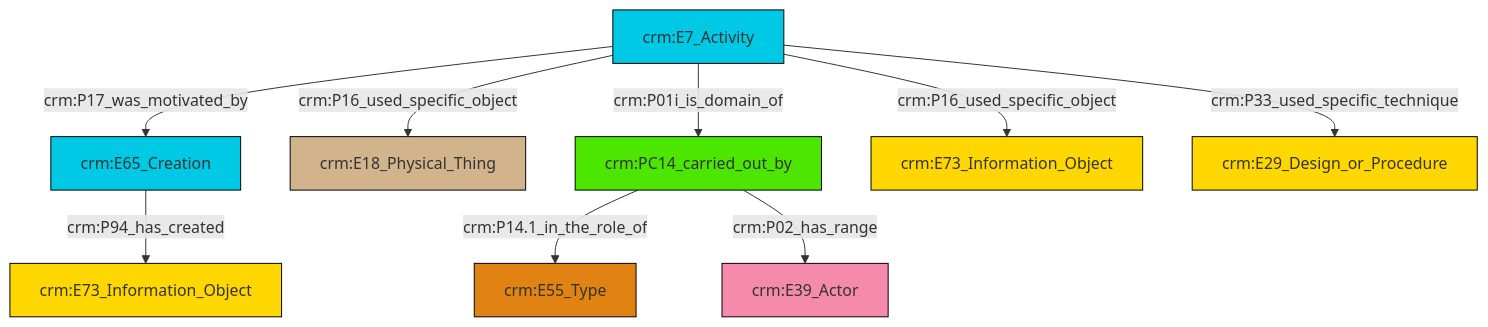
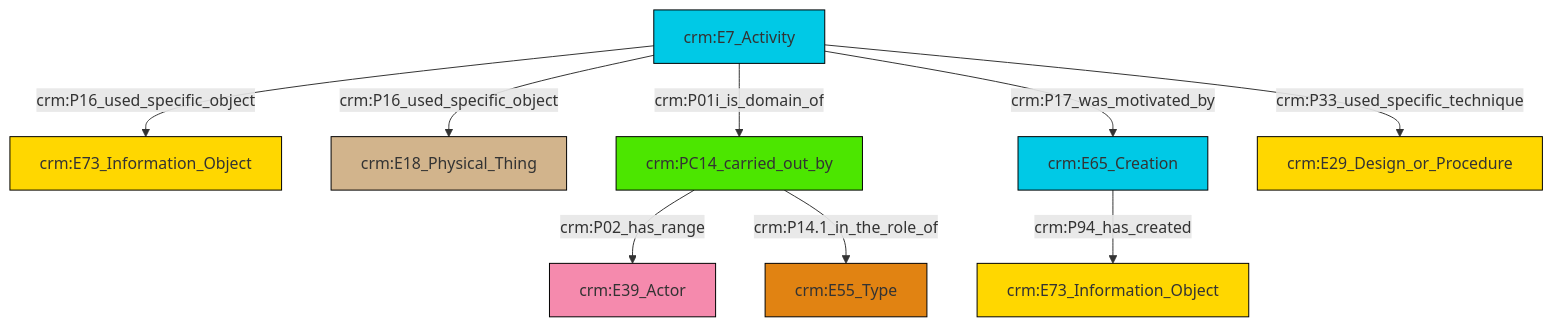
The diagram in et/eventCSV/ttl/mmd/event_participation.ttl.mmd (swiss-art-research-net/reference-data-models), drawn with Mermaid before and after one commit. The commit also changed 129 other files, not shown here.

```diff
--- a/et/eventCSV/ttl/mmd/event_participation.ttl.mmd
+++ b/et/eventCSV/ttl/mmd/event_participation.ttl.mmd
@@ -1,23 +1,23 @@
 graph TD
 classDef Literal fill:#f2f2f2,stroke:#000000;
 classDef CRM_Entity fill:#FFFFFF,stroke:#000000;
 classDef Temporal_Entity fill:#00C9E6, stroke:#000000;
 classDef Type fill:#E18312, stroke:#000000;
 classDef Time-Span fill:#2C9C91, stroke:#000000;
 classDef Appellation fill:#FFEB7F, stroke:#000000;
 classDef Place fill:#008836, stroke:#000000;
 classDef Persistent_Item fill:#B266B2, stroke:#000000;
 classDef Conceptual_Object fill:#FFD700, stroke:#000000;
 classDef Physical_Thing fill:#D2B48C, stroke:#000000;
 classDef Actor fill:#f58aad, stroke:#000000;
 classDef PC_Classes fill:#4ce600, stroke:#000000;
 classDef Multi fill:#cccccc,stroke:#000000;
 
-2["crm:E7_Activity"]:::Temporal_Entity -->|crm:P16_used_specific_object| 3["crm:E18_Physical_Thing"]:::Physical_Thing
-4["crm:E65_Creation"]:::Temporal_Entity -->|crm:P94_has_created| 5["crm:E73_Information_Object"]:::Conceptual_Object
-0["crm:PC14_carried_out_by"]:::PC_Classes -->|crm:P14.1_in_the_role_of| 6["crm:E55_Type"]:::Type
-2["crm:E7_Activity"]:::Temporal_Entity -->|crm:P17_was_motivated_by| 4["crm:E65_Creation"]:::Temporal_Entity
-2["crm:E7_Activity"]:::Temporal_Entity -->|crm:P01i_is_domain_of| 0["crm:PC14_carried_out_by"]:::PC_Classes
-2["crm:E7_Activity"]:::Temporal_Entity -->|crm:P16_used_specific_object| 8["crm:E73_Information_Object"]:::Conceptual_Object
-2["crm:E7_Activity"]:::Temporal_Entity -->|crm:P33_used_specific_technique| 9["crm:E29_Design_or_Procedure"]:::Conceptual_Object
-0["crm:PC14_carried_out_by"]:::PC_Classes -->|crm:P02_has_range| 11["crm:E39_Actor"]:::Actor
+0["crm:E7_Activity"]:::Temporal_Entity -->|crm:P16_used_specific_object| 1["crm:E73_Information_Object"]:::Conceptual_Object
+0["crm:E7_Activity"]:::Temporal_Entity -->|crm:P16_used_specific_object| 2["crm:E18_Physical_Thing"]:::Physical_Thing
+0["crm:E7_Activity"]:::Temporal_Entity -->|crm:P01i_is_domain_of| 4["crm:PC14_carried_out_by"]:::PC_Classes
+0["crm:E7_Activity"]:::Temporal_Entity -->|crm:P33_used_specific_technique| 7["crm:E29_Design_or_Procedure"]:::Conceptual_Object
+4["crm:PC14_carried_out_by"]:::PC_Classes -->|crm:P02_has_range| 14["crm:E39_Actor"]:::Actor
+0["crm:E7_Activity"]:::Temporal_Entity -->|crm:P17_was_motivated_by| 5["crm:E65_Creation"]:::Temporal_Entity
+5["crm:E65_Creation"]:::Temporal_Entity -->|crm:P94_has_created| 10["crm:E73_Information_Object"]:::Conceptual_Object
+4["crm:PC14_carried_out_by"]:::PC_Classes -->|crm:P14.1_in_the_role_of| 12["crm:E55_Type"]:::Type
```
